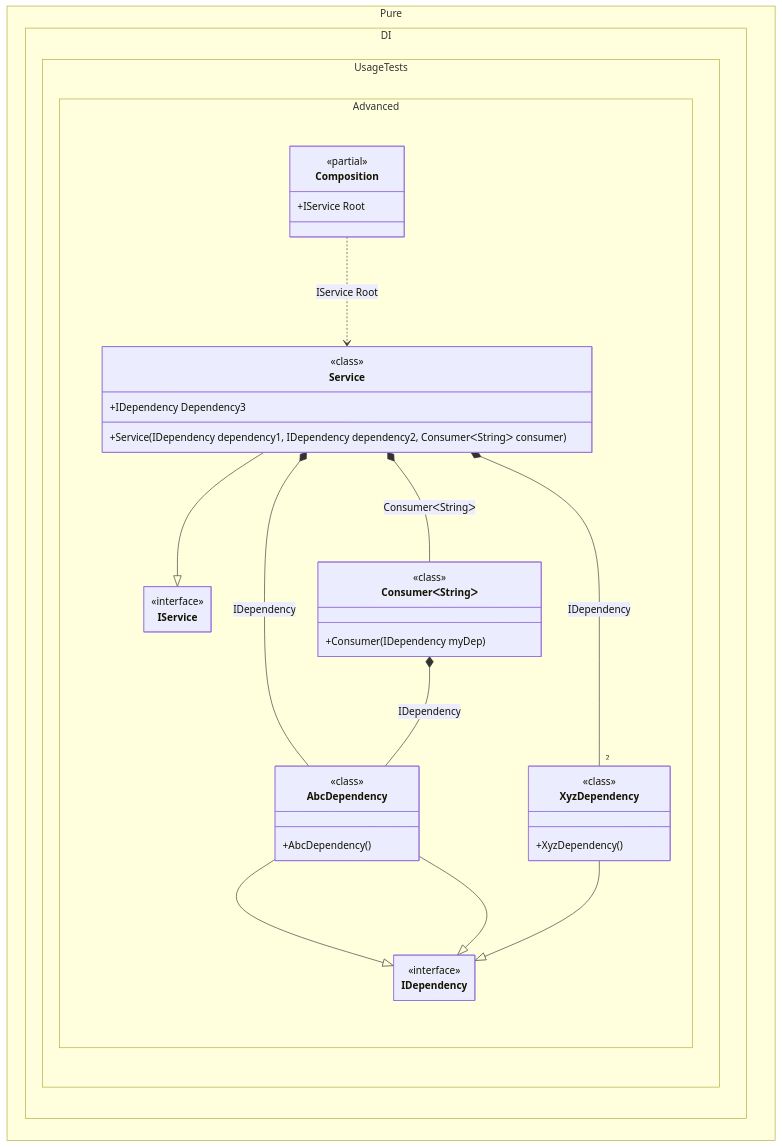
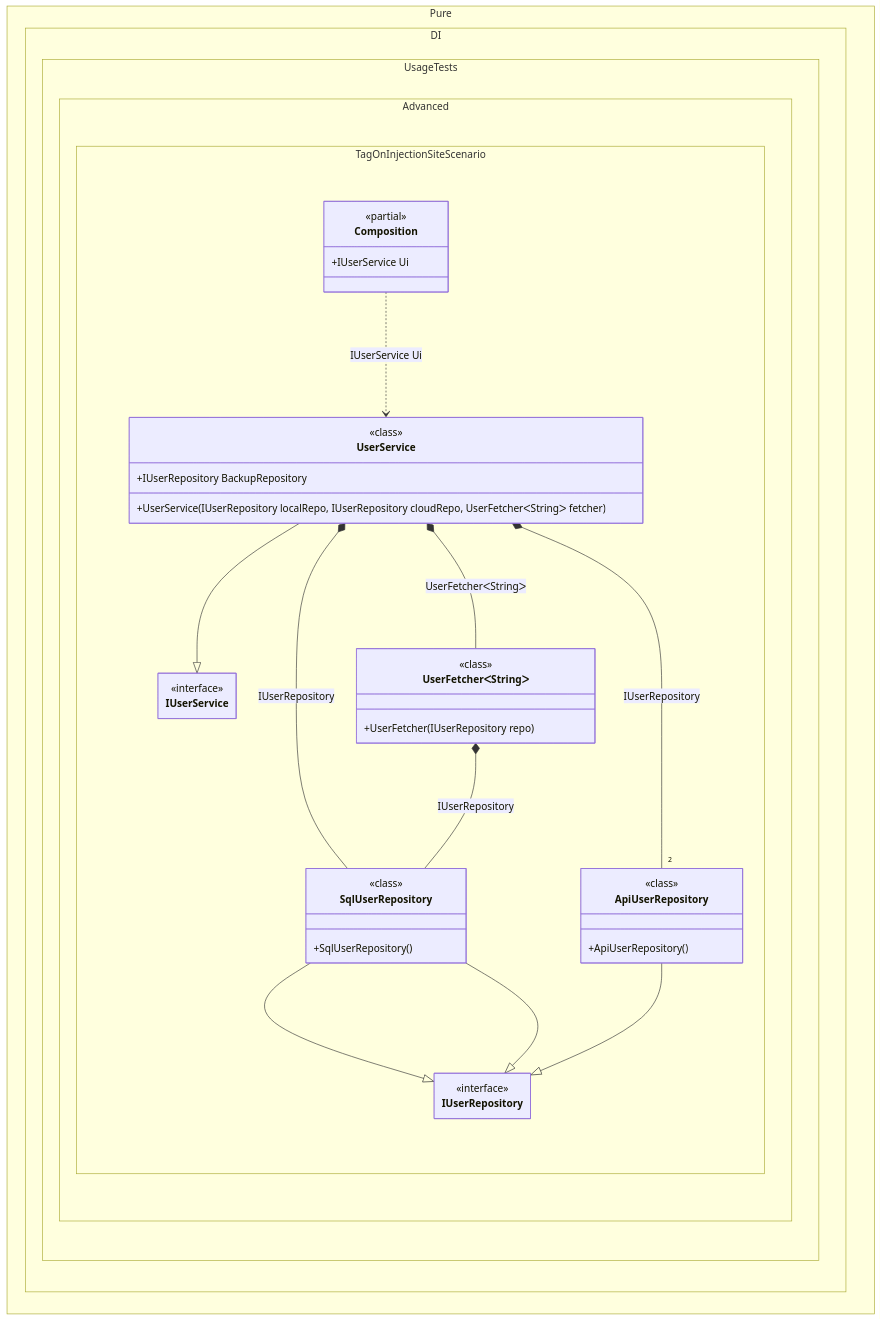
The diagram in readme/tag-on-injection-site.md (DevTeam/Pure.DI), drawn with Mermaid before and after one commit. The commit also changed other lines of this file and 126 other files, not shown here.

````diff
--- a/readme/tag-on-injection-site.md
+++ b/readme/tag-on-injection-site.md
@@ -113,48 +140,48 @@
 ```mermaid
 ---
  config:
   maxTextSize: 2147483647
   maxEdges: 2147483647
   class:
    hideEmptyMembersBox: true
 ---
 classDiagram
-	AbcDependency --|> IDependency
-	AbcDependency --|> IDependency
-	XyzDependency --|> IDependency
-	Service --|> IService
-	Composition ..> Service : IService Root
-	Service *--  AbcDependency : IDependency
-	Service *-- "2 " XyzDependency : IDependency
-	Service *--  ConsumerᐸStringᐳ : ConsumerᐸStringᐳ
-	ConsumerᐸStringᐳ *--  AbcDependency : IDependency
-	namespace Pure.DI.UsageTests.Advanced {
-		class AbcDependency {
+	SqlUserRepository --|> IUserRepository
+	SqlUserRepository --|> IUserRepository
+	ApiUserRepository --|> IUserRepository
+	UserService --|> IUserService
+	Composition ..> UserService : IUserService Ui
+	UserService *--  SqlUserRepository : IUserRepository
+	UserService *-- "2 " ApiUserRepository : IUserRepository
+	UserService *--  UserFetcherᐸStringᐳ : UserFetcherᐸStringᐳ
+	UserFetcherᐸStringᐳ *--  SqlUserRepository : IUserRepository
+	namespace Pure.DI.UsageTests.Advanced.TagOnInjectionSiteScenario {
+		class ApiUserRepository {
 				<<class>>
-			+AbcDependency()
+			+ApiUserRepository()
 		}
 		class Composition {
 		<<partial>>
-		+IService Root
+		+IUserService Ui
 		}
-		class ConsumerᐸStringᐳ {
-				<<class>>
-			+Consumer(IDependency myDep)
-		}
-		class IDependency {
+		class IUserRepository {
 			<<interface>>
 		}
-		class IService {
+		class IUserService {
 			<<interface>>
 		}
-		class Service {
+		class SqlUserRepository {
 				<<class>>
-			+Service(IDependency dependency1, IDependency dependency2, ConsumerᐸStringᐳ consumer)
-			+IDependency Dependency3
+			+SqlUserRepository()
 		}
-		class XyzDependency {
+		class UserFetcherᐸStringᐳ {
 				<<class>>
-			+XyzDependency()
+			+UserFetcher(IUserRepository repo)
+		}
+		class UserService {
+				<<class>>
+			+UserService(IUserRepository localRepo, IUserRepository cloudRepo, UserFetcherᐸStringᐳ fetcher)
+			+IUserRepository BackupRepository
 		}
 	}
 ```
````
